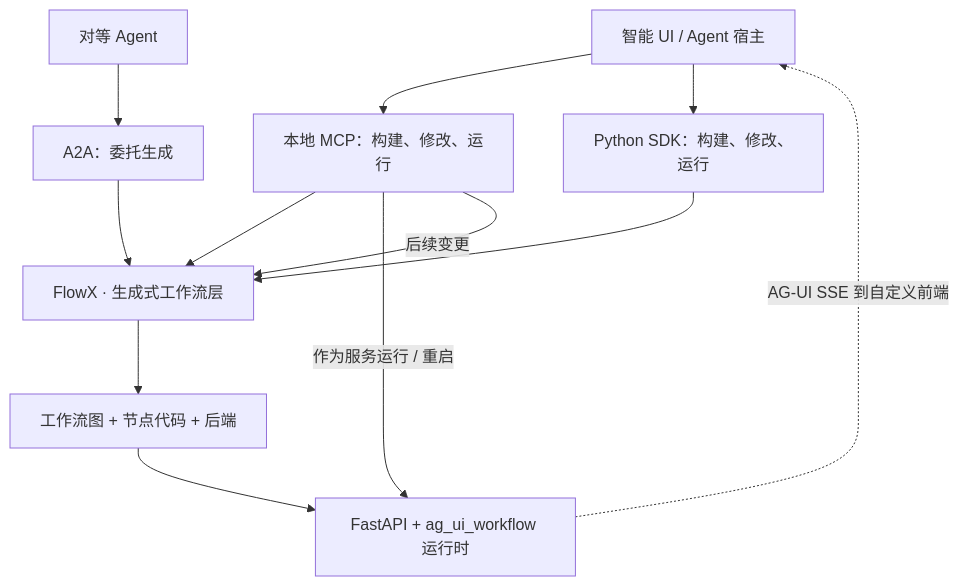
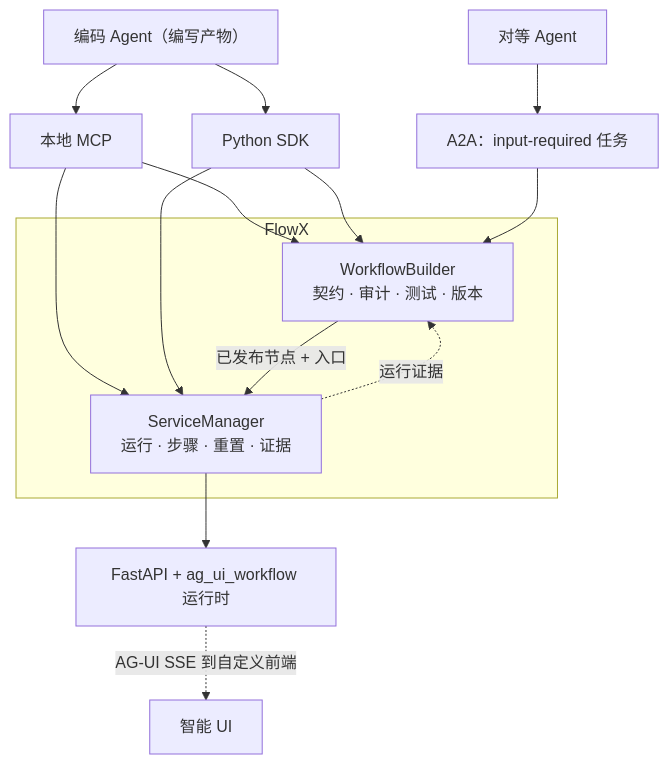
Before and after one commit to AIpRoBuilder/FlowX: the first of 2 diagrams in README.zh-CN.md, drawn with Mermaid. The commit also changed other lines of this file and 115 other files, not shown here.

Commit message:
restructure flowx as pure compiler & service runner

````diff
--- a/README.zh-CN.md
+++ b/README.zh-CN.md
@@ -473,14 +437,17 @@
 ```mermaid
 flowchart TB
-  UI["智能 UI / Agent 宿主"] --> MCP["本地 MCP：构建、修改、运行"]
-  UI --> SDK["Python SDK：构建、修改、运行"]
-  PEER["对等 Agent"] --> A2A["A2A：委托生成"]
-  MCP --> CORE["FlowX · 生成式工作流层"]
-  SDK --> CORE
-  A2A --> CORE
-  CORE --> FILES["工作流图 + 节点代码 + 后端"]
-  FILES --> RUNTIME["FastAPI + ag_ui_workflow 运行时"]
-  MCP -->|"作为服务运行 / 重启"| RUNTIME
-  RUNTIME -.->|"AG-UI SSE 到自定义前端"| UI
-  MCP -->|"后续变更"| CORE
+  AGENT["编码 Agent（编写产物）"] --> MCP["本地 MCP"]
+  AGENT --> SDK["Python SDK"]
+  PEER["对等 Agent"] --> A2A["A2A：input-required 任务"]
+  MCP --> BUILDER
+  SDK --> BUILDER
+  A2A --> BUILDER
+  MCP --> SERVICES
+  SDK --> SERVICES
+  subgraph FLOWX["FlowX"]
+    BUILDER["WorkflowBuilder<br/>契约 · 审计 · 测试 · 版本"] -->|"已发布节点 + 入口"| SERVICES["ServiceManager<br/>运行 · 步骤 · 重置 · 证据"]
+    SERVICES -.->|"运行证据"| BUILDER
+  end
+  SERVICES --> RUNTIME["FastAPI + ag_ui_workflow 运行时"]
+  RUNTIME -.->|"AG-UI SSE 到自定义前端"| UI["智能 UI"]
 ```
````
